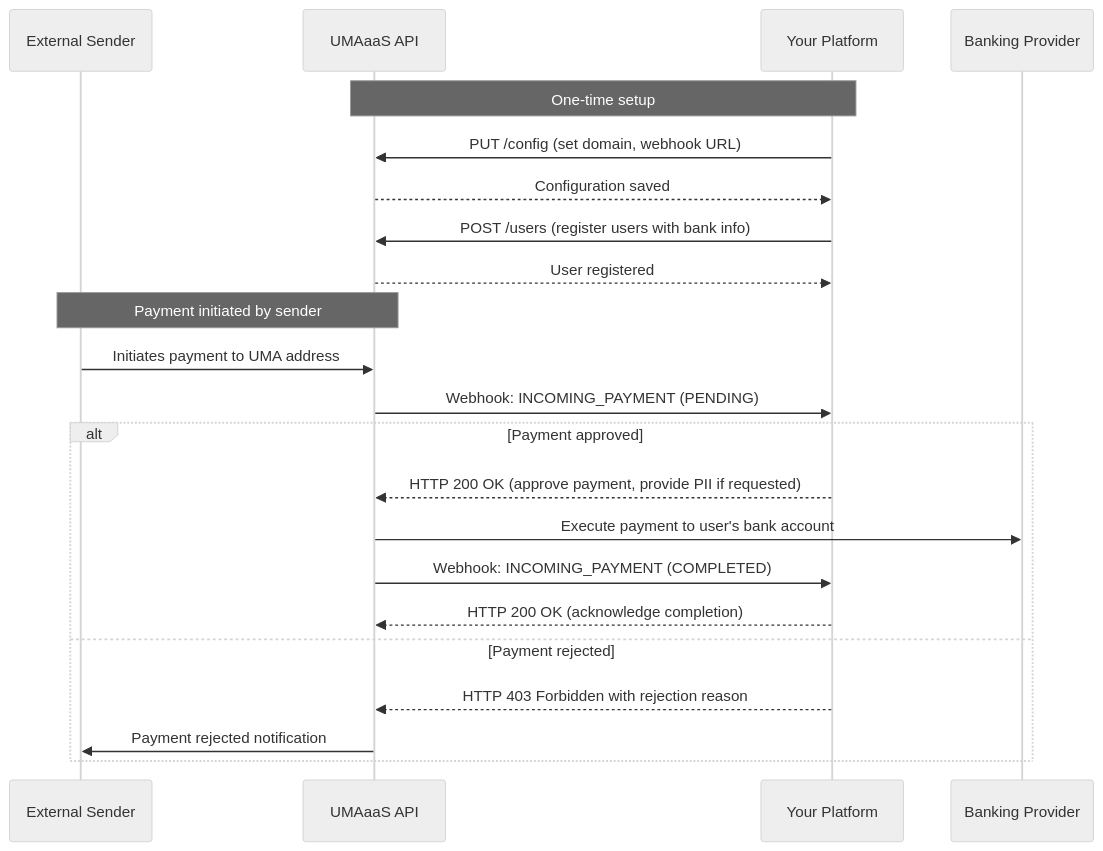
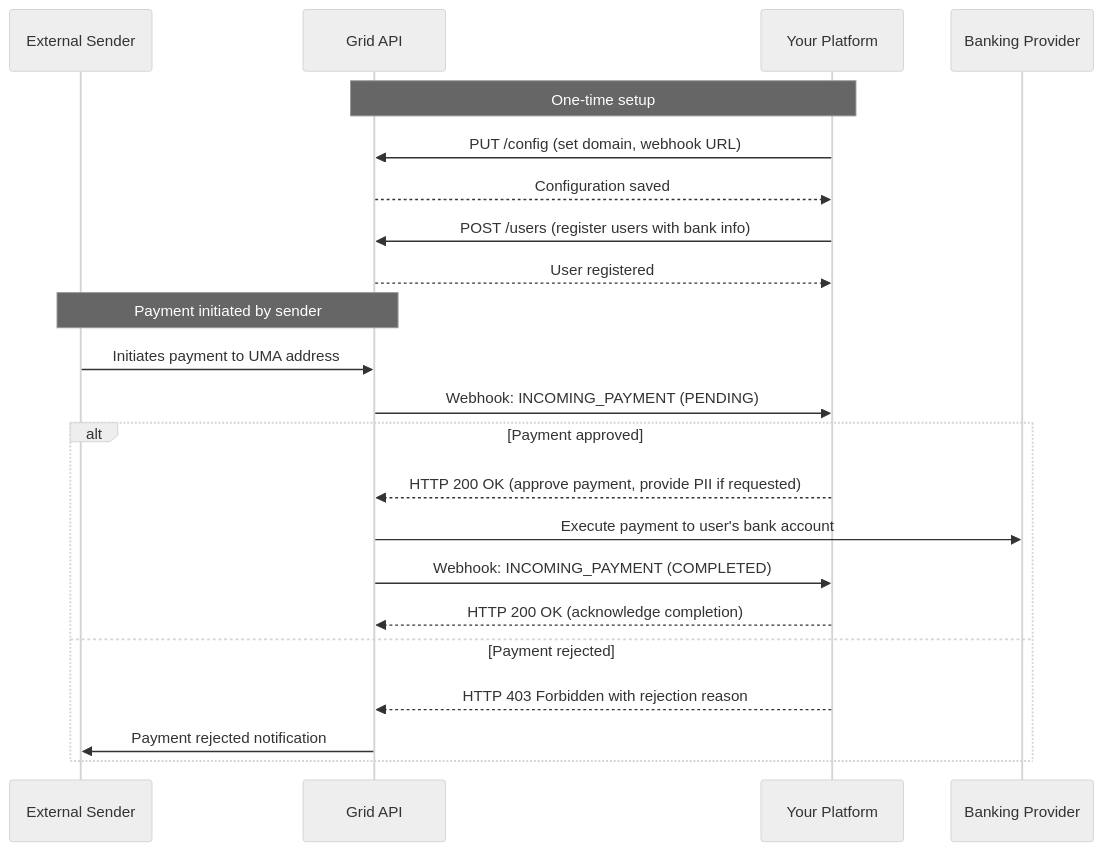
One commit to lightsparkdev/umaaas-api changed the first of 2 diagrams in mintlify/remittances/developer-guides/receiving-payments.mdx. Above: the diagram before and after it, drawn with Mermaid (neutral theme). The commit also changed other lines of this file and 32 other files, not shown here.

````diff
--- a/mintlify/remittances/developer-guides/receiving-payments.mdx
+++ b/mintlify/remittances/developer-guides/receiving-payments.mdx
@@ -14,27 +14,27 @@
 ```mermaid
 sequenceDiagram
     participant Sender as External Sender
-    participant UMAaaS as UMAaaS API
+    participant Grid as Grid API
     participant Client as Your Platform
     participant Bank as Banking Provider
     
-    Note over Client, UMAaaS: One-time setup
-    Client->>UMAaaS: PUT /config (set domain, webhook URL)
-    UMAaaS-->>Client: Configuration saved
-    Client->>UMAaaS: POST /users (register users with bank info)
-    UMAaaS-->>Client: User registered
+    Note over Client, Grid: One-time setup
+    Client->>Grid: PUT /config (set domain, webhook URL)
+    Grid-->>Client: Configuration saved
+    Client->>Grid: POST /users (register users with bank info)
+    Grid-->>Client: User registered
     
-    Note over Sender, UMAaaS: Payment initiated by sender
-    Sender->>UMAaaS: Initiates payment to UMA address
-    UMAaaS->>Client: Webhook: INCOMING_PAYMENT (PENDING)
+    Note over Sender, Grid: Payment initiated by sender
+    Sender->>Grid: Initiates payment to UMA address
+    Grid->>Client: Webhook: INCOMING_PAYMENT (PENDING)
     
     alt Payment approved
-        Client-->>UMAaaS: HTTP 200 OK (approve payment, provide PII if requested)
-        UMAaaS->>Bank: Execute payment to user's bank account
-        UMAaaS->>Client: Webhook: INCOMING_PAYMENT (COMPLETED)
-        Client-->>UMAaaS: HTTP 200 OK (acknowledge completion)
+        Client-->>Grid: HTTP 200 OK (approve payment, provide PII if requested)
+        Grid->>Bank: Execute payment to user's bank account
+        Grid->>Client: Webhook: INCOMING_PAYMENT (COMPLETED)
+        Client-->>Grid: HTTP 200 OK (acknowledge completion)
     else Payment rejected
-        Client-->>UMAaaS: HTTP 403 Forbidden with rejection reason
-        UMAaaS->>Sender: Payment rejected notification
+        Client-->>Grid: HTTP 403 Forbidden with rejection reason
+        Grid->>Sender: Payment rejected notification
     end
 ```
````
